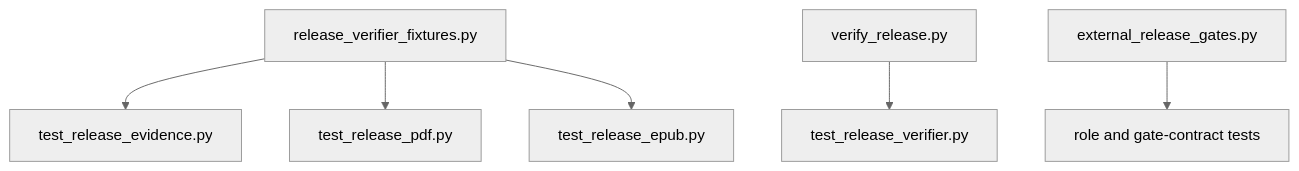
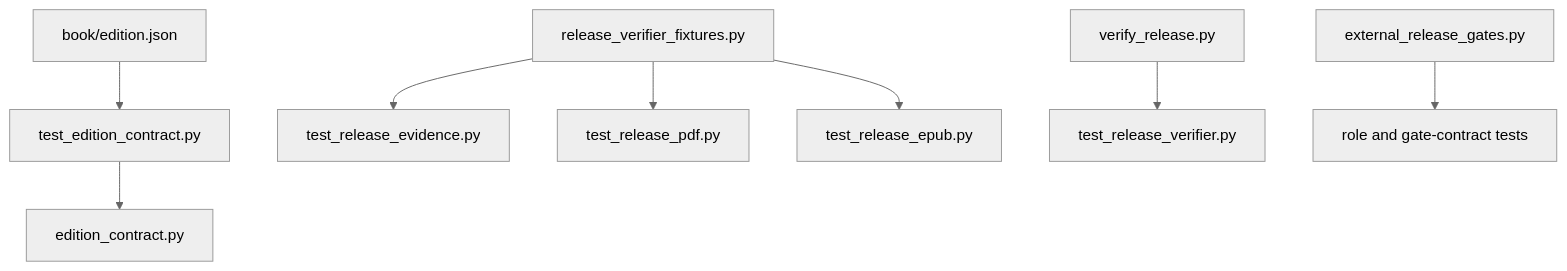
Before and after one commit to streamentry/streamentry: the second of 5 diagrams in tests/AGENTS.md, drawn with Mermaid (neutral theme). The commit also changed other lines of this file and 30 other files, not shown here.

Commit message:
Centralize edition and locale publication contract

````diff
--- a/tests/AGENTS.md
+++ b/tests/AGENTS.md
@@ -37,8 +45,10 @@
 ```mermaid
 flowchart TB
+  C["book/edition.json"] --> D["test_edition_contract.py"]
+  D --> L["edition_contract.py"]
   X["release_verifier_fixtures.py"] --> E["test_release_evidence.py"]
   X --> P["test_release_pdf.py"]
   X --> U["test_release_epub.py"]
   V["verify_release.py"] --> I["test_release_verifier.py"]
   G["external_release_gates.py"] --> Q["role and gate-contract tests"]
 ```
````
